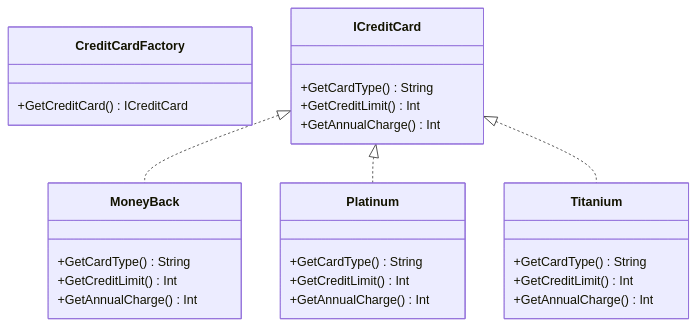
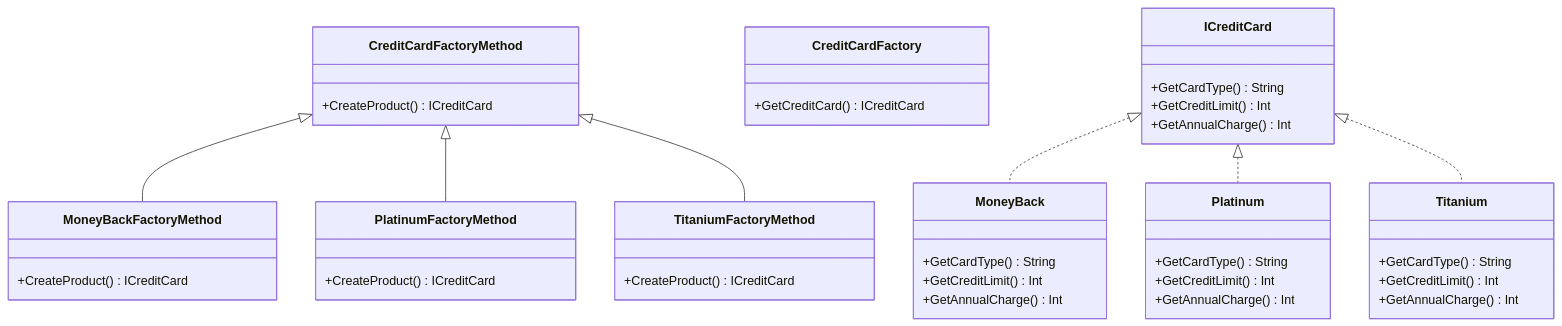
One commit to UPT-FAING-EPIS/lab-2025-ii-pds-u2-01-cs-Brunoenr02 changed the diagram in Bank/disenio.md. Above: the diagram before and after it, drawn with Mermaid. The commit also changed 249 other files, not shown here.

````diff
--- a/Bank/disenio.md
+++ b/Bank/disenio.md
@@ -1,32 +1,47 @@
 ```mermaid
 classDiagram
+
+class CreditCardFactoryMethod
+CreditCardFactoryMethod : +CreateProduct() ICreditCard
 
 class CreditCardFactory
 CreditCardFactory : +GetCreditCard() ICreditCard
 
 class ICreditCard
 ICreditCard : +GetCardType() String
 ICreditCard : +GetCreditLimit() Int
 ICreditCard : +GetAnnualCharge() Int
 
 class MoneyBack
 MoneyBack : +GetCardType() String
 MoneyBack : +GetCreditLimit() Int
 MoneyBack : +GetAnnualCharge() Int
 
+class MoneyBackFactoryMethod
+MoneyBackFactoryMethod : +CreateProduct() ICreditCard
+
 class Platinum
 Platinum : +GetCardType() String
 Platinum : +GetCreditLimit() Int
 Platinum : +GetAnnualCharge() Int
+
+class PlatinumFactoryMethod
+PlatinumFactoryMethod : +CreateProduct() ICreditCard
 
 class Titanium
 Titanium : +GetCardType() String
 Titanium : +GetCreditLimit() Int
 Titanium : +GetAnnualCharge() Int
 
+class TitaniumFactoryMethod
+TitaniumFactoryMethod : +CreateProduct() ICreditCard
+
 
 ICreditCard <|.. MoneyBack
+CreditCardFactoryMethod <|-- MoneyBackFactoryMethod
 ICreditCard <|.. Platinum
+CreditCardFactoryMethod <|-- PlatinumFactoryMethod
 ICreditCard <|.. Titanium
+CreditCardFactoryMethod <|-- TitaniumFactoryMethod
 
 ```
````
